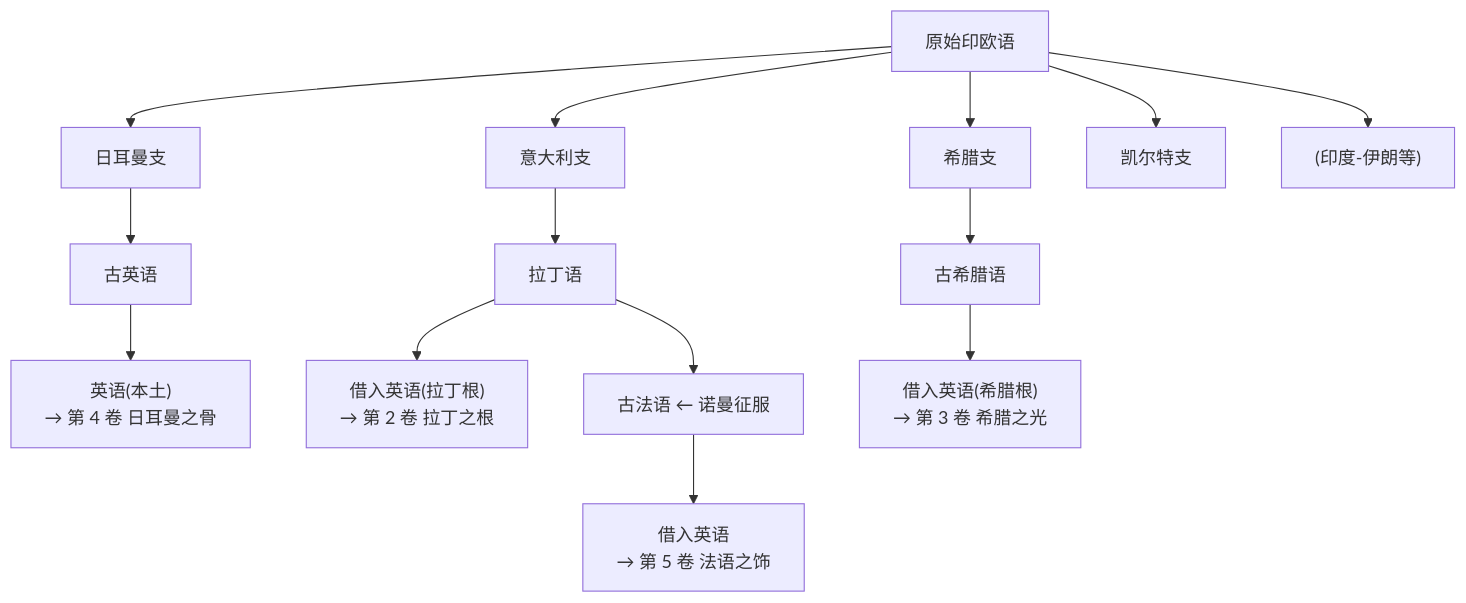
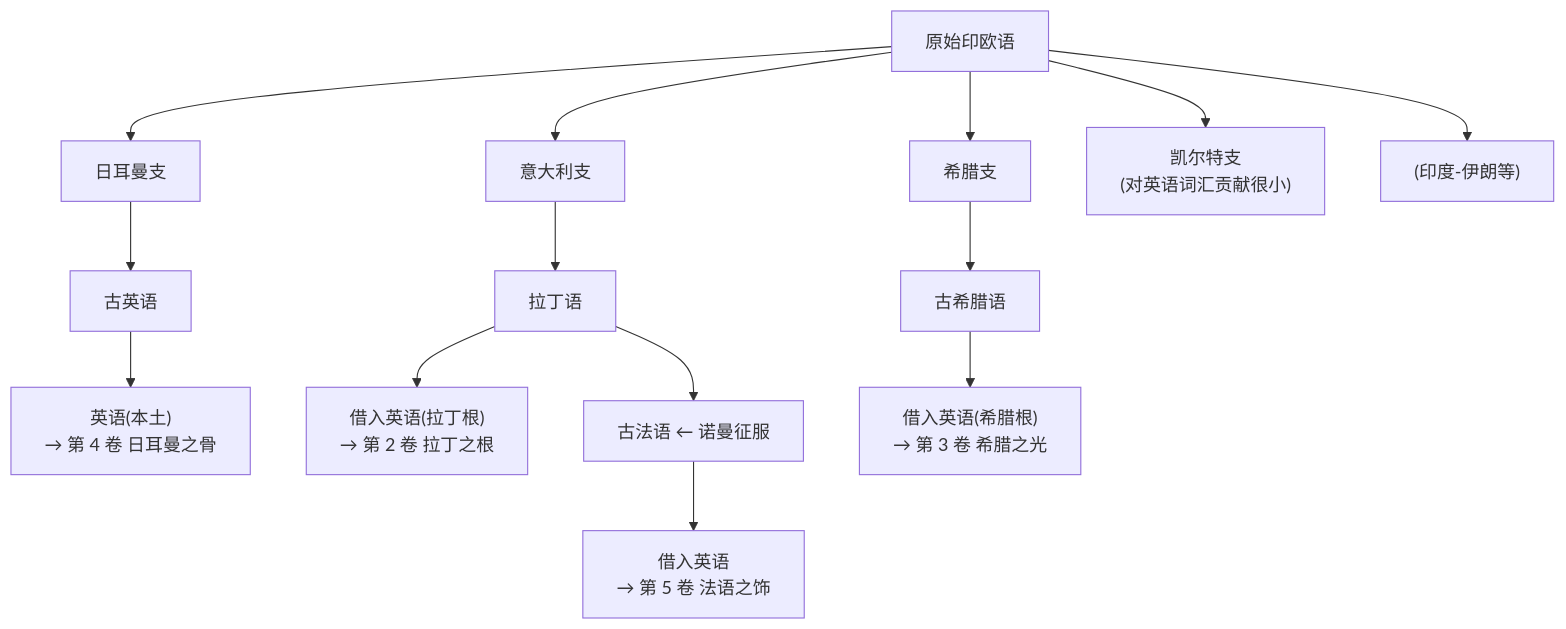
The third of 4 diagrams in 01-阅读准备/第01章-印欧语系.md (swiftczz/roots-affixes-book), drawn with Mermaid before and after one commit. The commit also changed other lines of this file and 35 other files, not shown here.

````diff
--- a/01-阅读准备/第01章-印欧语系.md
+++ b/01-阅读准备/第01章-印欧语系.md
@@ -194,20 +194,20 @@
 ```mermaid
 flowchart TD
     PIE["原始印欧语"]
     PIE --> GER["日耳曼支"]
     PIE --> ITA["意大利支"]
     PIE --> GRE["希腊支"]
-    PIE --> CEL["凯尔特支"]
+    PIE --> CEL["凯尔特支<br/>(对英语词汇贡献很小)"]
     PIE --> OTH["(印度-伊朗等)"]
 
     GER --> OE["古英语"]
     OE --> ENG1["英语(本土)<br/>→ 第 4 卷 日耳曼之骨"]
 
     ITA --> LAT["拉丁语"]
     LAT --> ENG2["借入英语(拉丁根)<br/>→ 第 2 卷 拉丁之根"]
     LAT --> OF["古法语 ← 诺曼征服"]
     OF --> ENG3["借入英语<br/>→ 第 5 卷 法语之饰"]
 
     GRE --> AGK["古希腊语"]
     AGK --> ENG4["借入英语(希腊根)<br/>→ 第 3 卷 希腊之光"]
 ```
````
